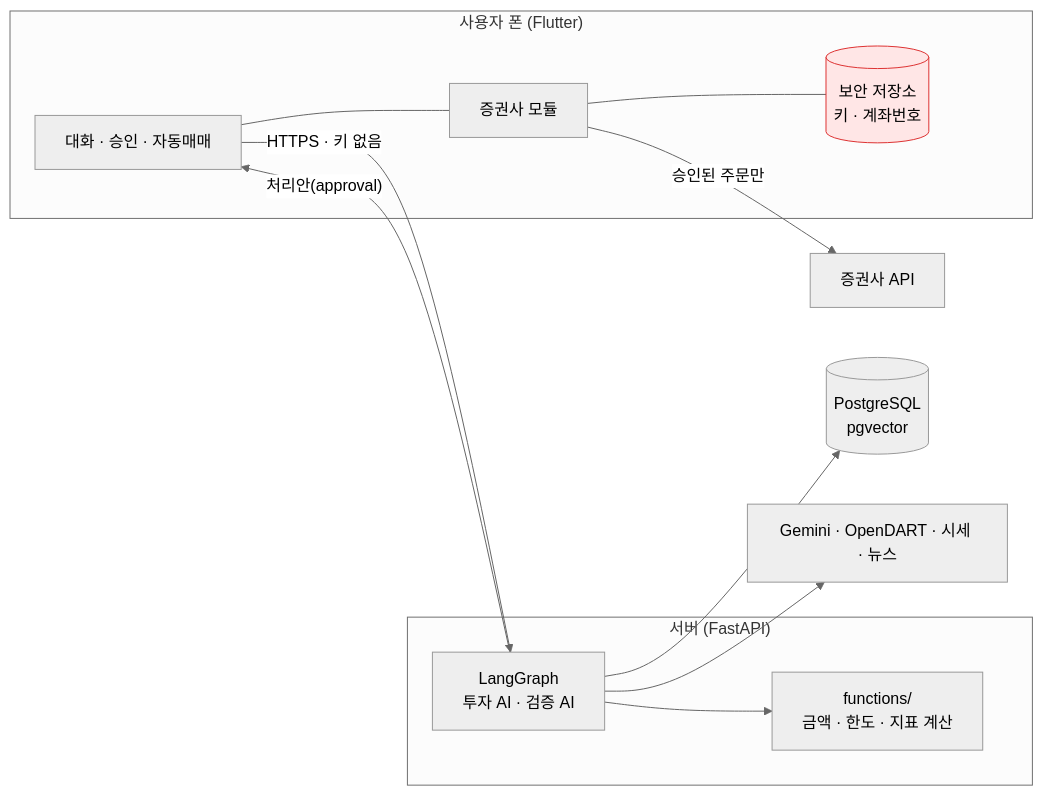
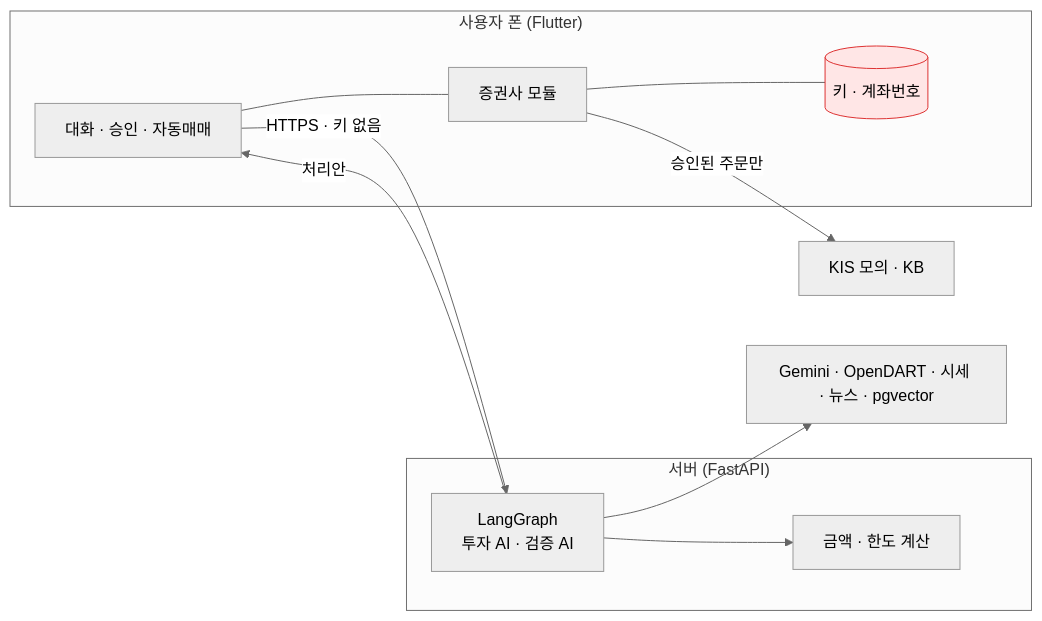
The diagram in README.md (snail5039-code/financial-ai-agent), drawn with Mermaid (neutral theme) before and after one commit. The commit also changed other lines of this file, not shown here.

First line of the commit message:
README 포트폴리오용으로 재구성: 10/8 모의 자동매매 성과·원인 분석을 숫자 위주로 맨 앞에

````diff
--- a/README.md
+++ b/README.md
@@ -33,21 +122,15 @@
 ```mermaid
 flowchart LR
     subgraph PHONE["사용자 폰 (Flutter)"]
-        UI["대화 · 승인 · 자동매매"]
-        BROKER["증권사 모듈"]
-        KEY[("보안 저장소<br/>키 · 계좌번호")]
-        UI --- BROKER --- KEY
+        UI["대화 · 승인 · 자동매매"] --- BROKER["증권사 모듈"] --- KEY[("키 · 계좌번호")]
     end
     subgraph SERVER["서버 (FastAPI)"]
-        GRAPH["LangGraph<br/>투자 AI · 검증 AI"]
-        FUNC["functions/<br/>금액 · 한도 · 지표 계산"]
-        GRAPH --> FUNC
+        GRAPH["LangGraph<br/>투자 AI · 검증 AI"] --> FUNC["금액 · 한도 계산"]
     end
     UI -->|"HTTPS · 키 없음"| GRAPH
-    GRAPH -->|"처리안(approval)"| UI
-    BROKER -->|"승인된 주문만"| KIS["증권사 API"]
-    GRAPH --> DB[("PostgreSQL<br/>pgvector")]
-    GRAPH --> EXT["Gemini · OpenDART · 시세 · 뉴스"]
+    GRAPH -->|"처리안"| UI
+    BROKER -->|"승인된 주문만"| KIS["KIS 모의 · KB"]
+    GRAPH --> EXT["Gemini · OpenDART · 시세 · 뉴스 · pgvector"]
     classDef secret fill:#ffe6e6,stroke:#d33
     class KEY secret
 ```
````
